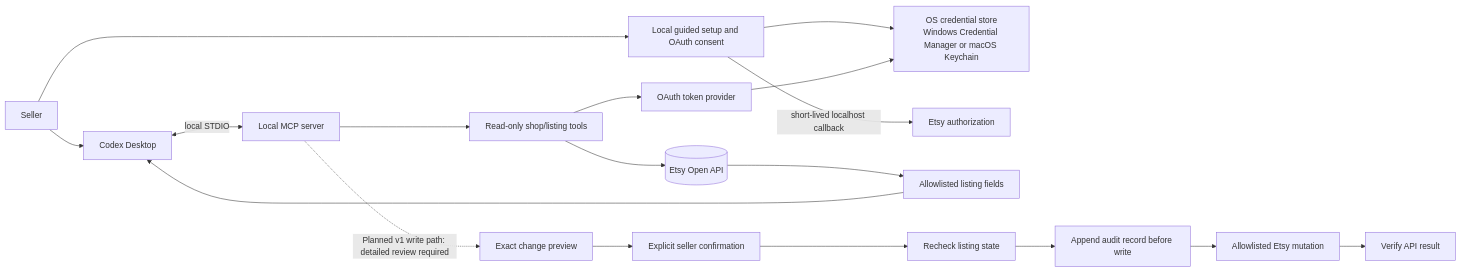
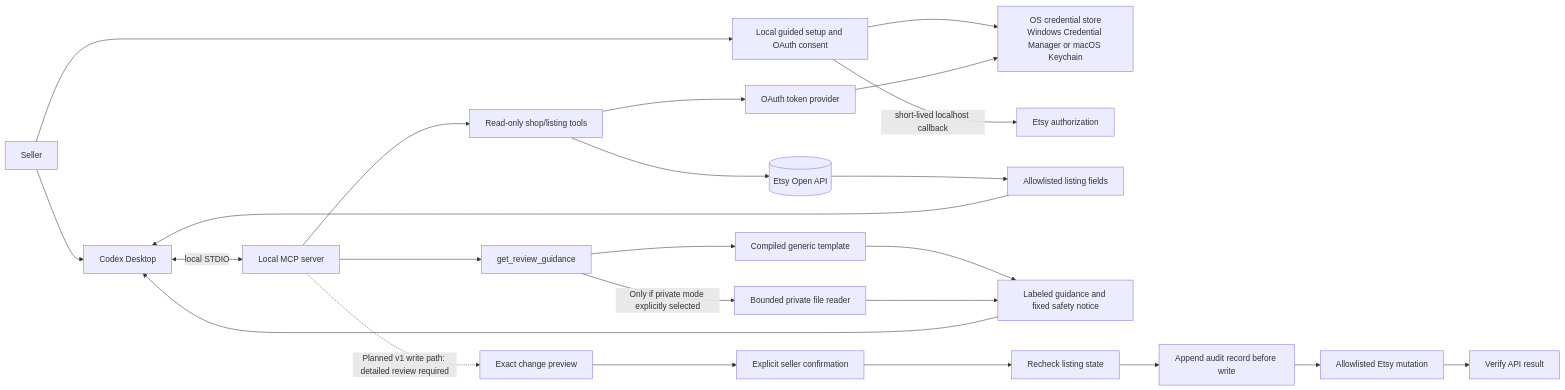
The second of 3 diagrams in docs/architecture.md (stevenfarmer/etsySellerAssistant), drawn with Mermaid before and after one commit. The commit also changed other lines of this file and 19 other files, not shown here.

Commit message:
feat: expose explicit read-only review guidance over MCP (#22)

````diff
--- a/docs/architecture.md
+++ b/docs/architecture.md
@@ -34,20 +35,26 @@
 ```mermaid
 flowchart LR
   seller[Seller] --> setup[Local guided setup and OAuth consent]
   setup --> store[OS credential store<br/>Windows Credential Manager or macOS Keychain]
   setup -->|short-lived localhost callback| etsyAuth[Etsy authorization]
   seller --> codex[Codex Desktop]
   codex <-->|local STDIO| mcp[Local MCP server]
   mcp --> readTools[Read-only shop/listing tools]
   readTools --> oauth[OAuth token provider]
   oauth --> store
   readTools --> api[(Etsy Open API)]
   api --> allowlist[Allowlisted listing fields]
   allowlist --> codex
+  mcp --> guidance[get_review_guidance]
+  guidance --> generic[Compiled generic template]
+  guidance -->|Only if private mode explicitly selected| private[Bounded private file reader]
+  generic --> labeled[Labeled guidance and fixed safety notice]
+  private --> labeled
+  labeled --> codex
   mcp -. "Planned v1 write path: detailed review required" .-> preview[Exact change preview]
   preview --> confirm[Explicit seller confirmation]
   confirm --> stale[Recheck listing state]
   stale --> audit[Append audit record before write]
   audit --> write[Allowlisted Etsy mutation]
   write --> verify[Verify API result]
 ```
````
